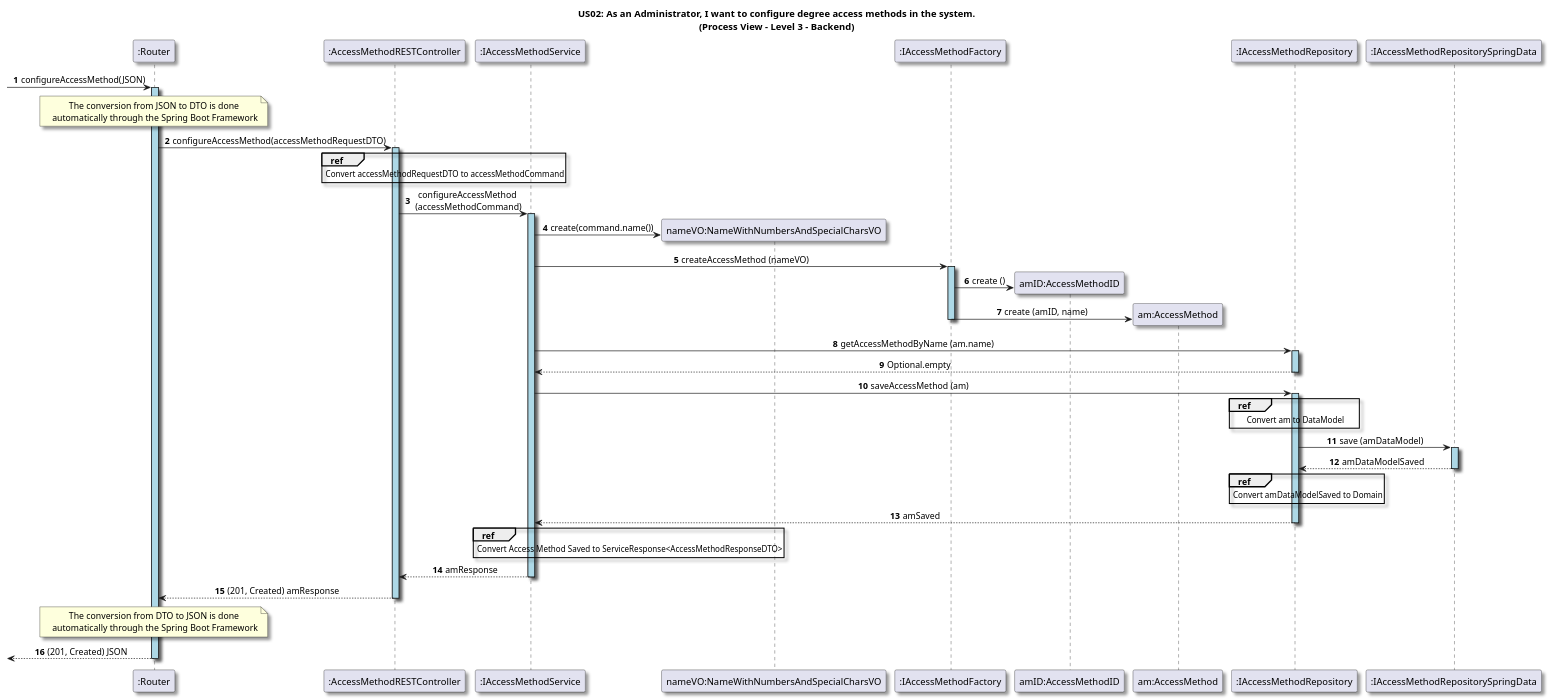
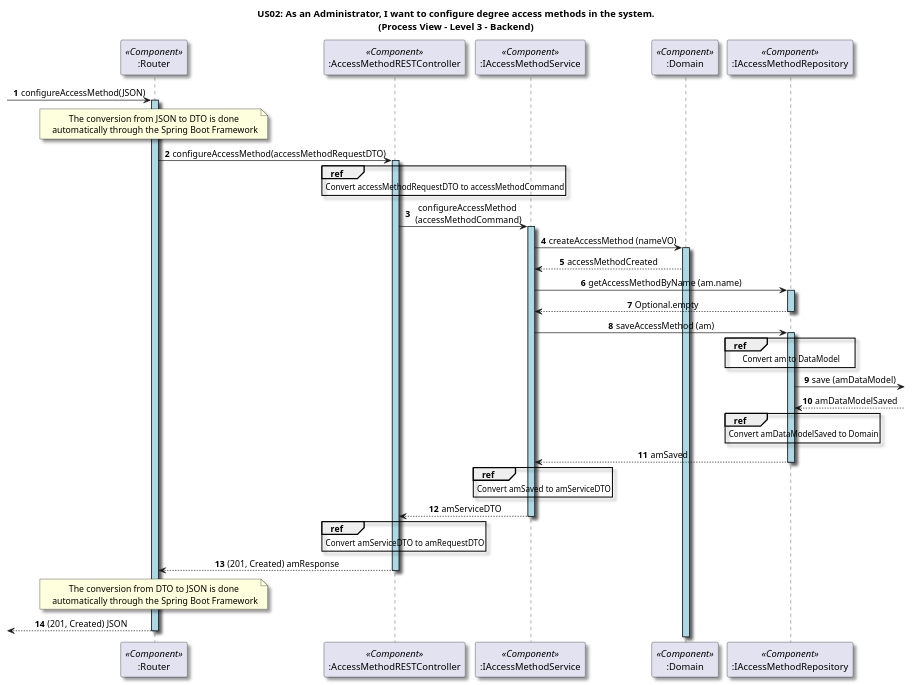
Before and after one commit to GasparISEP/DevOps-PAI: the diagram in docs/US02/Sprint6_RestAPI/ProcessView/Level3.puml, drawn with PlantUML.

Commit message:
docs (diagram): enhance UML diagram for AccessMethod configuration flow and component interactions (#538 #555)

```diff
--- a/docs/US02/Sprint6_RestAPI/ProcessView/Level3.puml
+++ b/docs/US02/Sprint6_RestAPI/ProcessView/Level3.puml
@@ -1,85 +1,84 @@
 @startuml
 
 title US02: As an Administrator, I want to configure degree access methods in the system.\n(Process View - Level 3 - Backend)
 
 skinparam defaultTextAlignment center
 skinparam shadowing true
 
 
 autonumber
 
-participant ":Router" as router
+participant ":Router" as router <<Component>>
 -> router: configureAccessMethod(JSON)
 activate router #LightBlue
 note over router: The conversion from JSON to DTO is done\n automatically through the Spring Boot Framework
 
-participant ":AccessMethodRESTController" as Controller
+participant ":AccessMethodRESTController" as Controller <<Component>>
 router -> Controller: configureAccessMethod(accessMethodRequestDTO)
 activate Controller #LightBlue
 
 ref over Controller
     Convert accessMethodRequestDTO to accessMethodCommand
 end
 
-participant ":IAccessMethodService" as service
-Controller -> service: configureAccessMethod\n (accessMethodCommand)
-activate service #LightBlue
+participant ":IAccessMethodService" as Service <<Component>>
+Controller -> Service: configureAccessMethod\n (accessMethodCommand)
+activate Service #LightBlue
 
-create "nameVO:NameWithNumbersAndSpecialCharsVO"
-service -> "nameVO:NameWithNumbersAndSpecialCharsVO": create(command.name())
 
-participant ":IAccessMethodFactory" as Factory
-service -> Factory: createAccessMethod (nameVO)
-activate Factory #LightBlue 
+participant ":Domain" as Domain <<Component>>
+Service -> Domain: createAccessMethod (nameVO)
 
-create "amID:AccessMethodID"
-Factory -> "amID:AccessMethodID": create ()
+activate Domain #LightBlue
 
-create "am:AccessMethod"
-Factory -> "am:AccessMethod": create (amID, name)
-deactivate Factory
+Domain --> Service: accessMethodCreated
 
-participant ":IAccessMethodRepository" as Repository
-service -> Repository: getAccessMethodByName (am.name)
+
+participant ":IAccessMethodRepository" as Repository <<Component>>
+Service -> Repository: getAccessMethodByName (am.name)
 activate Repository #LightBlue 
-Repository --> service: Optional.empty
+Repository --> Service: Optional.empty
 deactivate Repository
 
-service -> Repository: saveAccessMethod (am)
+Service -> Repository: saveAccessMethod (am)
 activate Repository #LightBlue 
 
 ref over Repository
     Convert am to DataModel
 end
 
-participant ":IAccessMethodRepositorySpringData" as springDataRepository
-Repository -> springDataRepository: save (amDataModel)
-activate springDataRepository #LightBlue 
-springDataRepository --> Repository : amDataModelSaved
-deactivate springDataRepository
+
+ Repository -> :  save (amDataModel)
+
+Repository <-- : amDataModelSaved
+
 
 ref over Repository
     Convert amDataModelSaved to Domain
 end
 
-Repository --> service: amSaved
+Repository --> Service: amSaved
 deactivate Repository
 
 
-ref over service
-    Convert Access Method Saved to ServiceResponse<AccessMethodResponseDTO>
+ref over Service
+    Convert amSaved to amServiceDTO
 end
 
-service --> Controller: amResponse
+Service --> Controller: amServiceDTO
 
-deactivate service
+deactivate Service
+
+ref over Controller
+    Convert amServiceDTO to amRequestDTO
+end
 
 Controller --> router: (201, Created) amResponse
 deactivate Controller
 
 note over router: The conversion from DTO to JSON is done\n automatically through the Spring Boot Framework
 
 <-- router: (201, Created) JSON
 deactivate router
 
 @enduml
```
